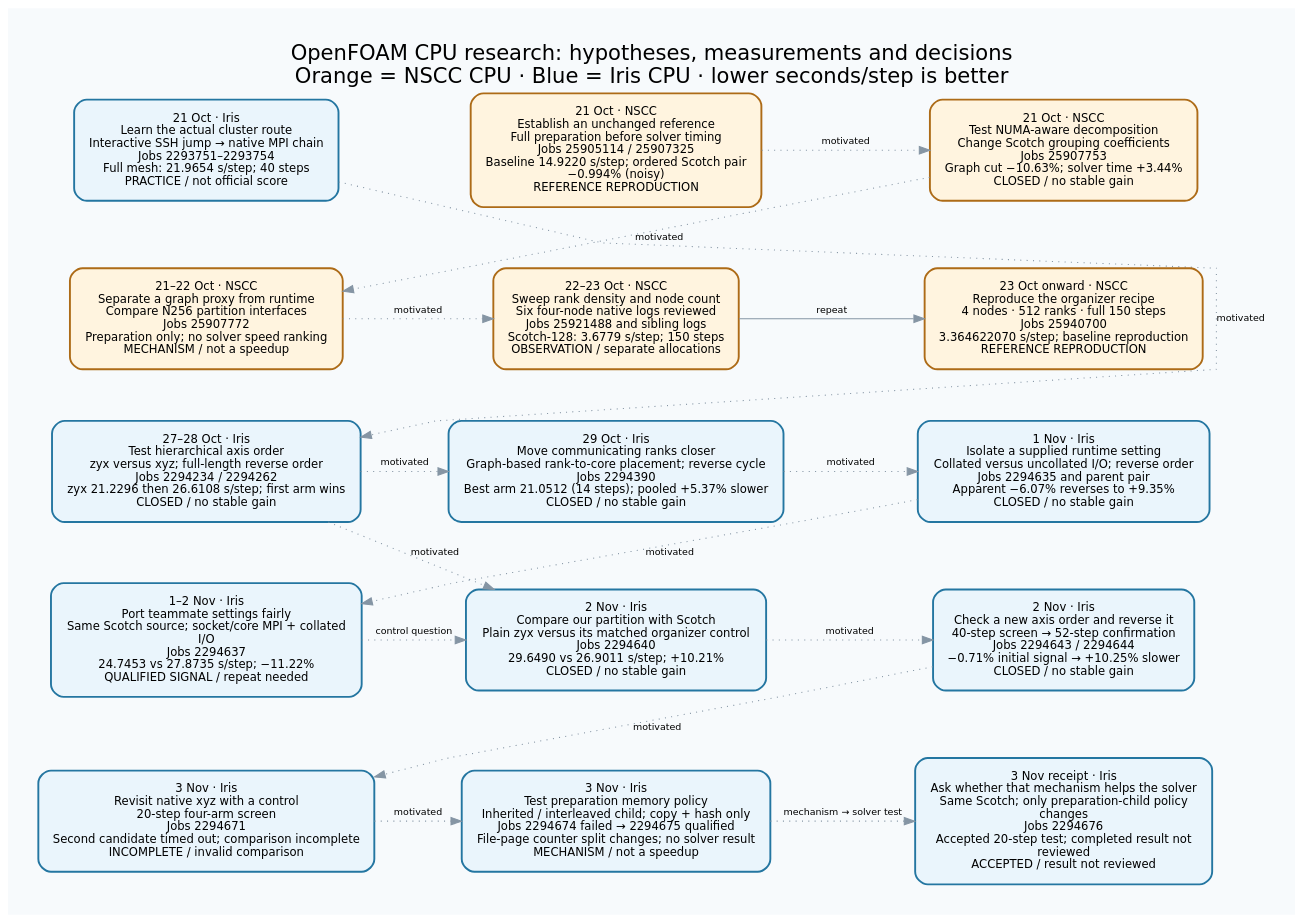
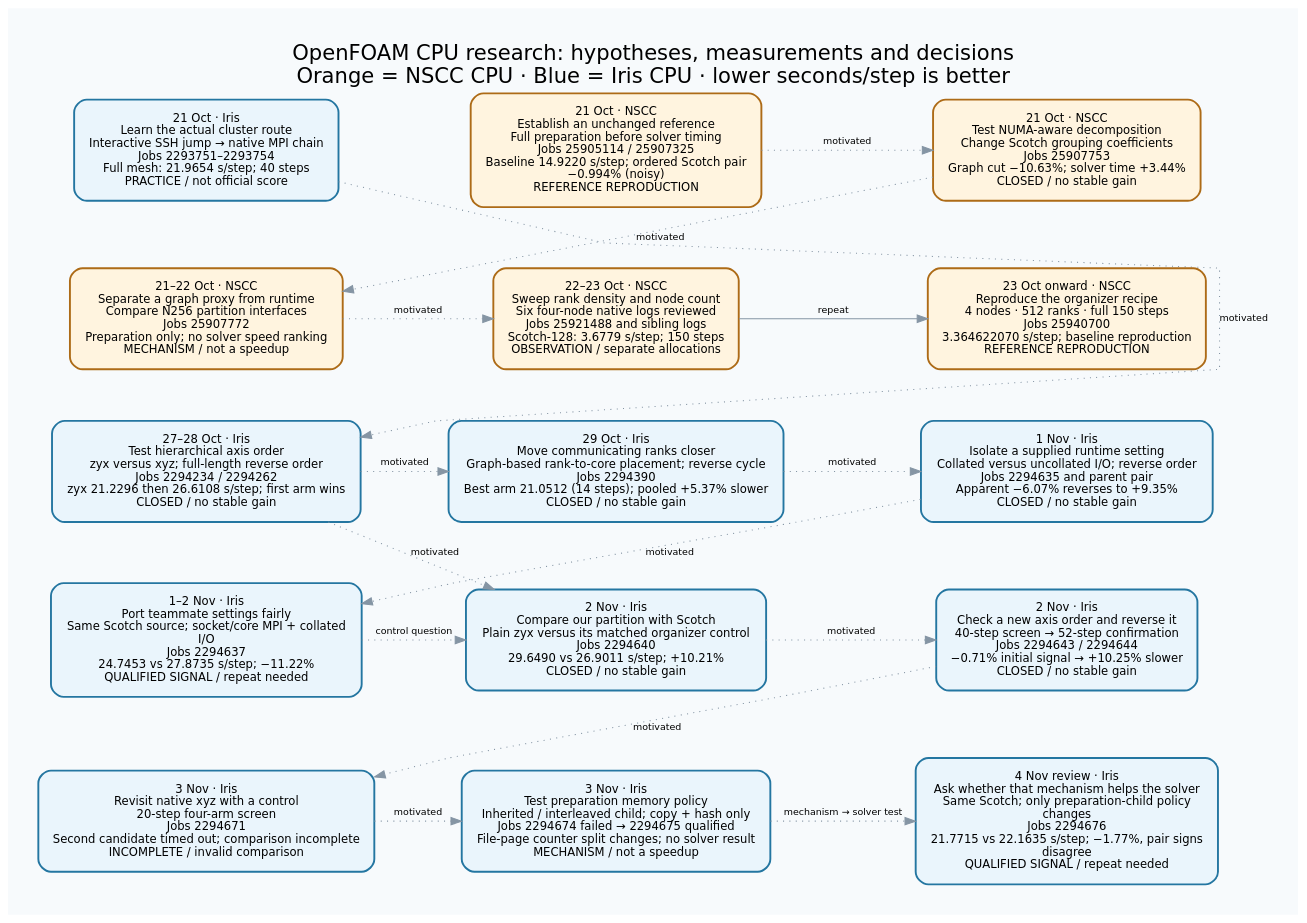
One commit to trungdangtapcode/apac-hpc-ai-2026 changed the diagram in workspace/reports/hpc-run-lineage-20261104/journey.dot. Above: the diagram before and after it, drawn with Graphviz. The commit also changed 264 other files, not shown here.

Commit message:
report(hpc): review completed preparation-policy solver signal

```diff
--- a/workspace/reports/hpc-run-lineage-20261104/journey.dot
+++ b/workspace/reports/hpc-run-lineage-20261104/journey.dot
@@ -1,61 +1,61 @@
 digraph hpc {
 graph [rankdir=TB,bgcolor="#f7fafc",pad="0.4",nodesep="0.35",ranksep="0.65",splines=polyline,fontname="DejaVu Sans",fontsize=20,label="OpenFOAM CPU research: hypotheses, measurements and decisions\nOrange = NSCC CPU · Blue = Iris CPU · lower seconds/step is better",labelloc=t];
 node [shape=box,style="rounded,filled",fontname="DejaVu Sans",fontsize=11,margin="0.20,0.16"];
 edge [color="#8595a4",fontname="DejaVu Sans",fontsize=9];
 "access" [label="21 Oct · Iris\nLearn the actual cluster route\nInteractive SSH jump → native MPI chain\nJobs 2293751–2293754\nFull mesh: 21.9654 s/step; 40 steps\nPRACTICE / not official score",color="#2476a1",fillcolor="#eaf5fc",penwidth=1.8,URL="../../../workspace/reports/hpc-research-journey-20261023/JOURNEY.md",tooltip="Full mesh: 21.9654 s/step; 40 steps | PRACTICE / not official score"];
 "baseline" [label="21 Oct · NSCC\nEstablish an unchanged reference\nFull preparation before solver timing\nJobs 25905114 / 25907325\nBaseline 14.9220 s/step; ordered Scotch pair\n−0.994% (noisy)\nREFERENCE REPRODUCTION",color="#ad6b17",fillcolor="#fff4df",penwidth=1.8,URL="../../../workspace/reports/hpc-research-journey-20261023/JOURNEY.md",tooltip="Baseline 14.9220 s/step; ordered Scotch pair −0.994% (noisy) | REFERENCE REPRODUCTION"];
 "numa" [label="21 Oct · NSCC\nTest NUMA-aware decomposition\nChange Scotch grouping coefficients\nJobs 25907753\nGraph cut −10.63%; solver time +3.44%\nCLOSED / no stable gain",color="#ad6b17",fillcolor="#fff4df",penwidth=1.8,URL="../../../workspace/reports/hpc-research-journey-20261023/JOURNEY.md",tooltip="Graph cut −10.63%; solver time +3.44% | CLOSED / no stable gain"];
 "graph" [label="21–22 Oct · NSCC\nSeparate a graph proxy from runtime\nCompare N256 partition interfaces\nJobs 25907772\nPreparation only; no solver speed ranking\nMECHANISM / not a speedup",color="#ad6b17",fillcolor="#fff4df",penwidth=1.8,URL="../../../workspace/reports/hpc-research-journey-20261023/JOURNEY.md",tooltip="Preparation only; no solver speed ranking | MECHANISM / not a speedup"];
 "density" [label="22–23 Oct · NSCC\nSweep rank density and node count\nSix four-node native logs reviewed\nJobs 25921488 and sibling logs\nScotch-128: 3.6779 s/step; 150 steps\nOBSERVATION / separate allocations",color="#ad6b17",fillcolor="#fff4df",penwidth=1.8,URL="../../../workspace/reports/hpc-research-journey-20261023/JOURNEY.md",tooltip="Scotch-128: 3.6779 s/step; 150 steps | OBSERVATION / separate allocations"];
 "confirm" [label="23 Oct onward · NSCC\nReproduce the organizer recipe\n4 nodes · 512 ranks · full 150 steps\nJobs 25940700\n3.364622070 s/step; baseline reproduction\nREFERENCE REPRODUCTION",color="#ad6b17",fillcolor="#fff4df",penwidth=1.8,URL="../../../workspace/notes/HPC_CURRENT.md",tooltip="3.364622070 s/step; baseline reproduction | REFERENCE REPRODUCTION"];
 "order" [label="27–28 Oct · Iris\nTest hierarchical axis order\nzyx versus xyz; full-length reverse order\nJobs 2294234 / 2294262\nzyx 21.2296 then 26.6108 s/step; first arm wins\nCLOSED / no stable gain",color="#2476a1",fillcolor="#eaf5fc",penwidth=1.8,URL="../../../workspace/reports/hpc-own-research-status-20261102/README.md",tooltip="zyx 21.2296 then 26.6108 s/step; first arm wins | CLOSED / no stable gain"];
 "place" [label="29 Oct · Iris\nMove communicating ranks closer\nGraph-based rank-to-core placement; reverse cycle\nJobs 2294390\nBest arm 21.0512 (14 steps); pooled +5.37% slower\nCLOSED / no stable gain",color="#2476a1",fillcolor="#eaf5fc",penwidth=1.8,URL="../../../2026-APAC-HPC-AI/hpc-experiments/iris-graphmap-reverse-20261029/completed-2294390/RESULTS.md",tooltip="Best arm 21.0512 (14 steps); pooled +5.37% slower | CLOSED / no stable gain"];
 "io" [label="1 Nov · Iris\nIsolate a supplied runtime setting\nCollated versus uncollated I/O; reverse order\nJobs 2294635 and parent pair\nApparent −6.07% reverses to +9.35%\nCLOSED / no stable gain",color="#2476a1",fillcolor="#eaf5fc",penwidth=1.8,URL="../../../workspace/reports/hpc-own-research-status-20261102/README.md",tooltip="Apparent −6.07% reverses to +9.35% | CLOSED / no stable gain"];
 "team" [label="1–2 Nov · Iris\nPort teammate settings fairly\nSame Scotch source; socket/core MPI + collated\nI/O\nJobs 2294637\n24.7453 vs 27.8735 s/step; −11.22%\nQUALIFIED SIGNAL / repeat needed",color="#2476a1",fillcolor="#eaf5fc",penwidth=1.8,URL="../../../workspace/reports/hpc-iris-comparison-20261103/README.md",tooltip="24.7453 vs 27.8735 s/step; −11.22% | QUALIFIED SIGNAL / repeat needed"];
 "zyx" [label="2 Nov · Iris\nCompare our partition with Scotch\nPlain zyx versus its matched organizer control\nJobs 2294640\n29.6490 vs 26.9011 s/step; +10.21%\nCLOSED / no stable gain",color="#2476a1",fillcolor="#eaf5fc",penwidth=1.8,URL="../../../workspace/reports/hpc-iris-comparison-20261103/README.md",tooltip="29.6490 vs 26.9011 s/step; +10.21% | CLOSED / no stable gain"];
 "xzy" [label="2 Nov · Iris\nCheck a new axis order and reverse it\n40-step screen → 52-step confirmation\nJobs 2294643 / 2294644\n−0.71% initial signal → +10.25% slower\nCLOSED / no stable gain",color="#2476a1",fillcolor="#eaf5fc",penwidth=1.8,URL="../../../workspace/reports/hpc-iris-comparison-20261103/README.md",tooltip="−0.71% initial signal → +10.25% slower | CLOSED / no stable gain"];
 "xyz" [label="3 Nov · Iris\nRevisit native xyz with a control\n20-step four-arm screen\nJobs 2294671\nSecond candidate timed out; comparison incomplete\nINCOMPLETE / invalid comparison",color="#2476a1",fillcolor="#eaf5fc",penwidth=1.8,URL="../../../workspace/reports/hpc-iris-comparison-20261103/README.md",tooltip="Second candidate timed out; comparison incomplete | INCOMPLETE / invalid comparison"];
 "prep" [label="3 Nov · Iris\nTest preparation memory policy\nInherited / interleaved child; copy + hash only\nJobs 2294674 failed → 2294675 qualified\nFile-page counter split changes; no solver result\nMECHANISM / not a speedup",color="#2476a1",fillcolor="#eaf5fc",penwidth=1.8,URL="../../../workspace/reports/hpc-iris-comparison-20261103/README.md",tooltip="File-page counter split changes; no solver result | MECHANISM / not a speedup"];
-"native" [label="3 Nov receipt · Iris\nAsk whether that mechanism helps the solver\nSame Scotch; only preparation-child policy\nchanges\nJobs 2294676\nAccepted 20-step test; completed result not\nreviewed\nACCEPTED / result not reviewed",color="#2476a1",fillcolor="#eaf5fc",penwidth=1.8,URL="../../../2026-APAC-HPC-AI/hpc-experiments/iris-preparation-native20-20261103/STATUS.md",tooltip="Accepted 20-step test; completed result not reviewed | ACCEPTED / result not reviewed"];
+"native" [label="4 Nov review · Iris\nAsk whether that mechanism helps the solver\nSame Scotch; only preparation-child policy\nchanges\nJobs 2294676\n21.7715 vs 22.1635 s/step; −1.77%, pair signs\ndisagree\nQUALIFIED SIGNAL / repeat needed",color="#2476a1",fillcolor="#eaf5fc",penwidth=1.8,URL="../../../2026-APAC-HPC-AI/hpc-experiments/iris-preparation-native20-20261103/completed-2294676/RESULTS.md",tooltip="21.7715 vs 22.1635 s/step; −1.77%, pair signs disagree | QUALIFIED SIGNAL / repeat needed"];
 "access" -> "order" [constraint=false,style=dotted,label="motivated"];
 "baseline" -> "numa" [constraint=false,style=dotted,label="motivated"];
 "numa" -> "graph" [constraint=false,style=dotted,label="motivated"];
 "graph" -> "density" [constraint=false,style=dotted,label="motivated"];
 "density" -> "confirm" [constraint=false,style=solid,label="repeat"];
 "order" -> "place" [constraint=false,style=dotted,label="motivated"];
 "place" -> "io" [constraint=false,style=dotted,label="motivated"];
 "io" -> "team" [constraint=false,style=dotted,label="motivated"];
 "order" -> "zyx" [constraint=false,style=dotted,label="motivated"];
 "team" -> "zyx" [constraint=false,style=dotted,label="control question"];
 "zyx" -> "xzy" [constraint=false,style=dotted,label="motivated"];
 "xzy" -> "xyz" [constraint=false,style=dotted,label="motivated"];
 "xyz" -> "prep" [constraint=false,style=dotted,label="motivated"];
 "prep" -> "native" [constraint=false,style=dotted,label="mechanism → solver test"];
 {rank=same;"access";"baseline";"numa";}
 "access" -> "baseline" [style=invis,weight=15];
 "baseline" -> "numa" [style=invis,weight=15];
 {rank=same;"graph";"density";"confirm";}
 "graph" -> "density" [style=invis,weight=15];
 "density" -> "confirm" [style=invis,weight=15];
 {rank=same;"order";"place";"io";}
 "order" -> "place" [style=invis,weight=15];
 "place" -> "io" [style=invis,weight=15];
 {rank=same;"team";"zyx";"xzy";}
 "team" -> "zyx" [style=invis,weight=15];
 "zyx" -> "xzy" [style=invis,weight=15];
 {rank=same;"xyz";"prep";"native";}
 "xyz" -> "prep" [style=invis,weight=15];
 "prep" -> "native" [style=invis,weight=15];
 "access" -> "graph" [style=invis,weight=100];
 "graph" -> "order" [style=invis,weight=100];
 "order" -> "team" [style=invis,weight=100];
 "team" -> "xyz" [style=invis,weight=100];
 "baseline" -> "density" [style=invis,weight=100];
 "density" -> "place" [style=invis,weight=100];
 "place" -> "zyx" [style=invis,weight=100];
 "zyx" -> "prep" [style=invis,weight=100];
 "numa" -> "confirm" [style=invis,weight=100];
 "confirm" -> "io" [style=invis,weight=100];
 "io" -> "xzy" [style=invis,weight=100];
 "xzy" -> "native" [style=invis,weight=100];
 }
```
